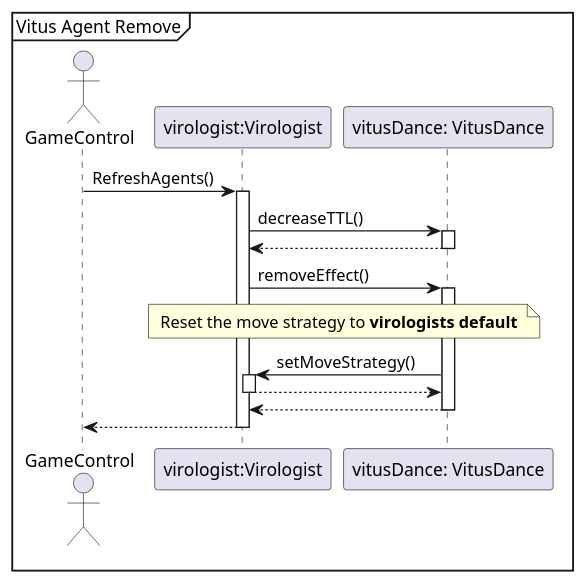
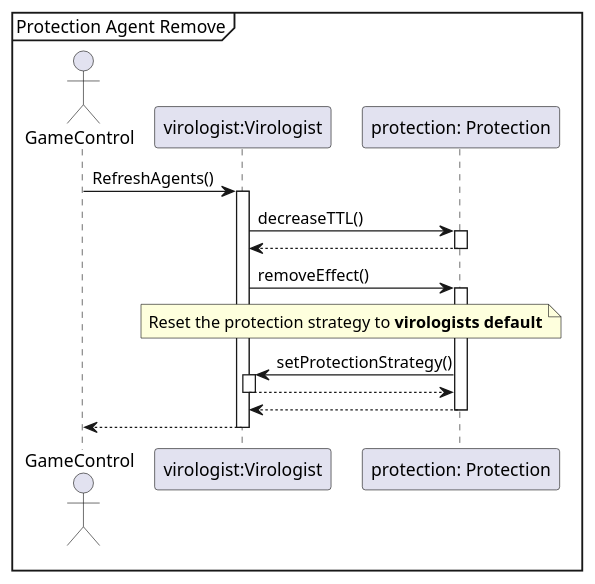
The diagram in Exact Sequence-diagrams/ProtectionAgentRemove.puml (Projlab-csb/projlab-virologus), drawn with PlantUML before and after one commit. The commit also changed 16 other files, not shown here.

```diff
--- a/Exact Sequence-diagrams/ProtectionAgentRemove.puml
+++ b/Exact Sequence-diagrams/ProtectionAgentRemove.puml
@@ -1,26 +1,26 @@
 @startuml
 'https://plantuml.com/sequence-diagram
 
-mainframe Vitus Agent Remove
+mainframe Protection Agent Remove
 
 actor GameControl
 
 
 GameControl->"virologist:Virologist"++: RefreshAgents()
-    "virologist:Virologist"->"vitusDance: VitusDance"++:decreaseTTL()
-    "vitusDance: VitusDance"-->"virologist:Virologist"--
-    "virologist:Virologist"->"vitusDance: VitusDance"++:removeEffect()
-    note over "virologist:Virologist", "vitusDance: VitusDance"
-    Reset the move strategy to **virologists default**
+    "virologist:Virologist"->"protection: Protection"++:decreaseTTL()
+    "protection: Protection"-->"virologist:Virologist"--
+    "virologist:Virologist"->"protection: Protection"++:removeEffect()
+
+    note over "virologist:Virologist", "protection: Protection"
+    Reset the protection strategy to **virologists default**
     end note
 
-    "vitusDance: VitusDance" -> "virologist:Virologist"++: setMoveStrategy()
-    "virologist:Virologist" --> "vitusDance: VitusDance"--
+    "protection: Protection" -> "virologist:Virologist"++: setProtectionStrategy()
+    "virologist:Virologist" --> "protection: Protection"--
 
-
-    "vitusDance: VitusDance"-->"virologist:Virologist" --
+"protection: Protection"-->"virologist:Virologist" --
 "virologist:Virologist"-->GameControl--
 
 
 
 @enduml
```
